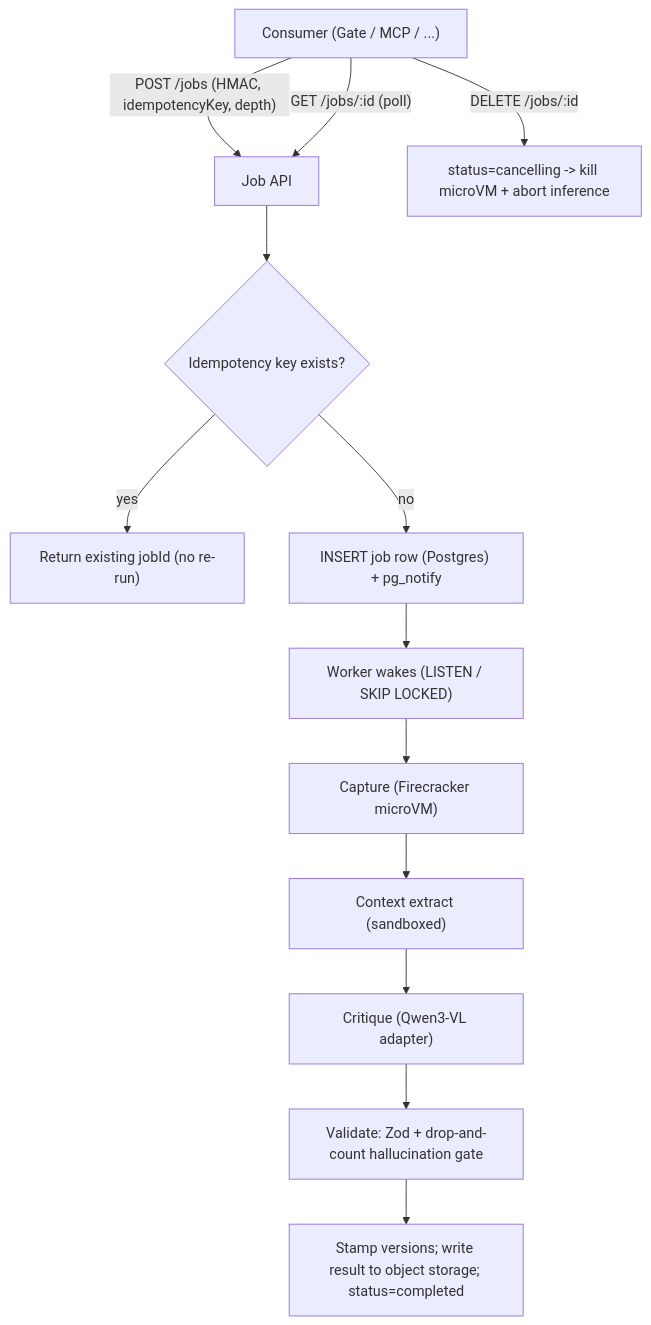
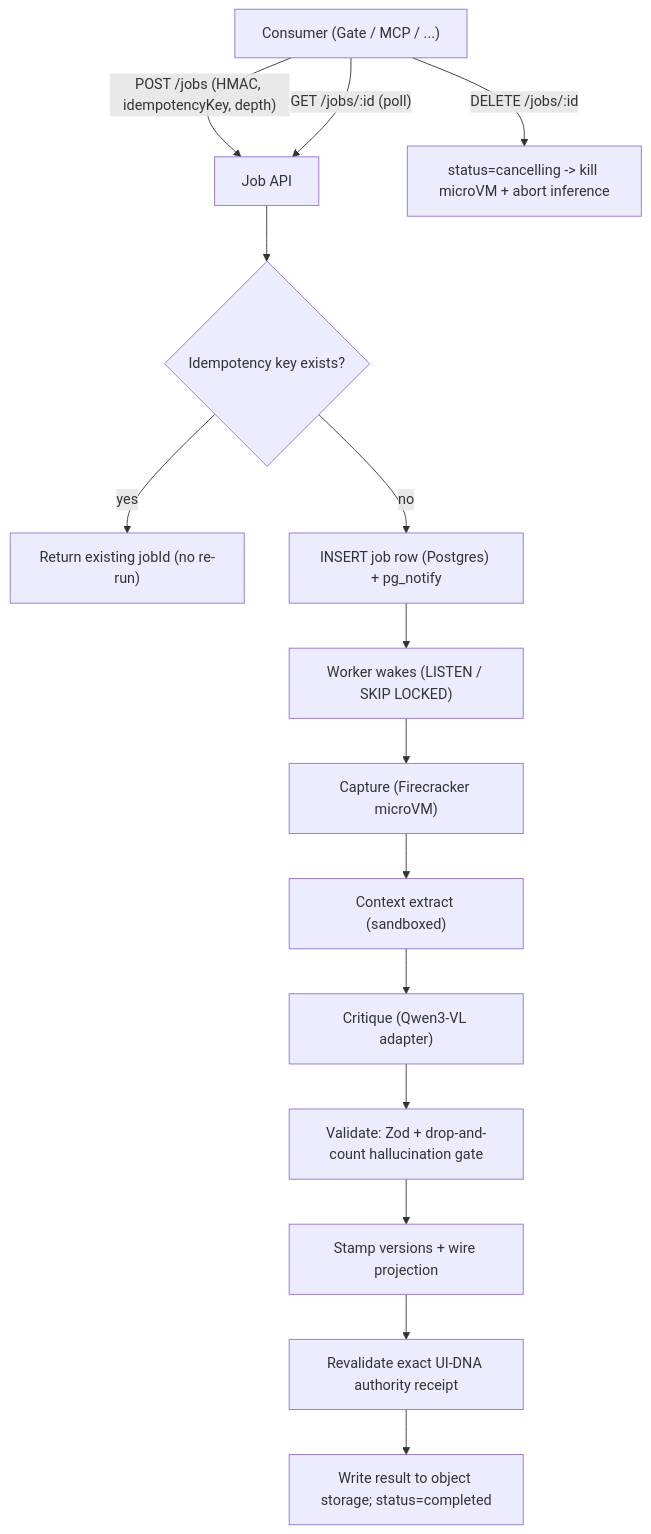
One commit to apatureai/judgment-engine changed the first of 4 diagrams in ARCHITECTURE.md. Above: the diagram before and after it, drawn with Mermaid. The commit also changed other lines of this file and 24 other files, not shown here.

First line of the commit message:
Runtime: enforce UI-DNA authority at publication (#177)

````diff
--- a/ARCHITECTURE.md
+++ b/ARCHITECTURE.md
@@ -19,15 +19,17 @@
 ```mermaid
 flowchart TD
   A["Consumer (Gate / MCP / ...)"] -->|"POST /jobs (HMAC, idempotencyKey, depth)"| B["Job API"]
   B --> C{"Idempotency key exists?"}
   C -- "yes" --> C2["Return existing jobId (no re-run)"]
   C -- "no" --> D["INSERT job row (Postgres) + pg_notify"]
   D --> E["Worker wakes (LISTEN / SKIP LOCKED)"]
   E --> F["Capture (Firecracker microVM)"]
   F --> G["Context extract (sandboxed)"]
   G --> H["Critique (Qwen3-VL adapter)"]
   H --> I["Validate: Zod + drop-and-count hallucination gate"]
-  I --> J["Stamp versions; write result to object storage; status=completed"]
+  I --> J["Stamp versions + wire projection"]
+  J --> L["Revalidate exact UI-DNA authority receipt"]
+  L --> M["Write result to object storage; status=completed"]
   A -->|"GET /jobs/:id (poll)"| B
   A -->|"DELETE /jobs/:id"| K["status=cancelling -> kill microVM + abort inference"]
 ```
````
